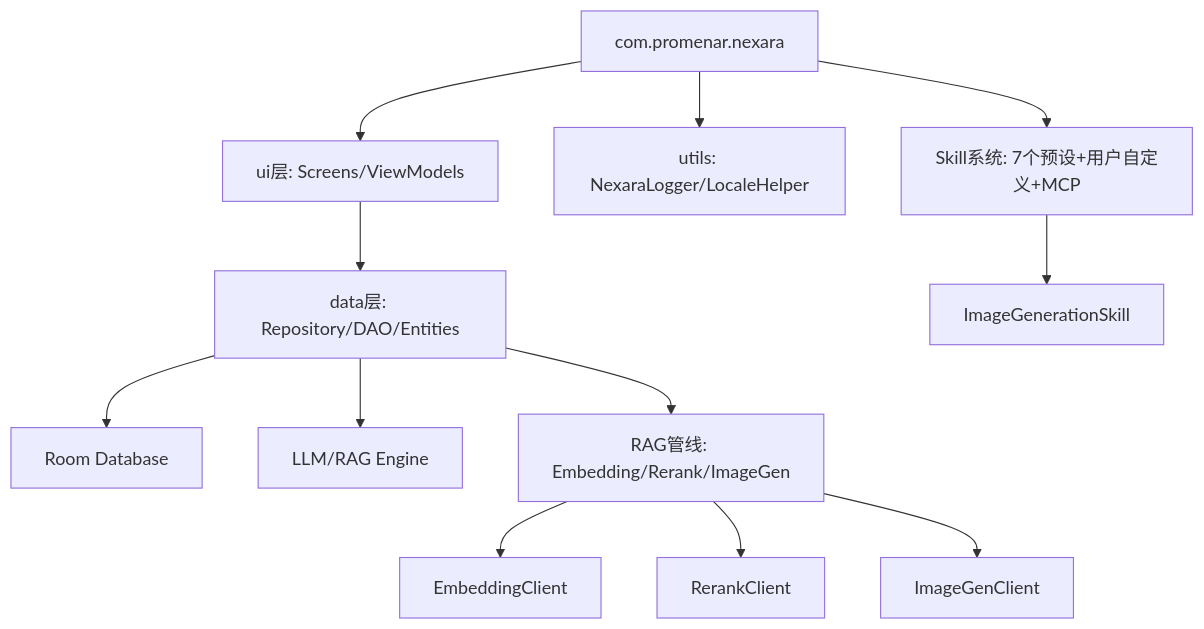
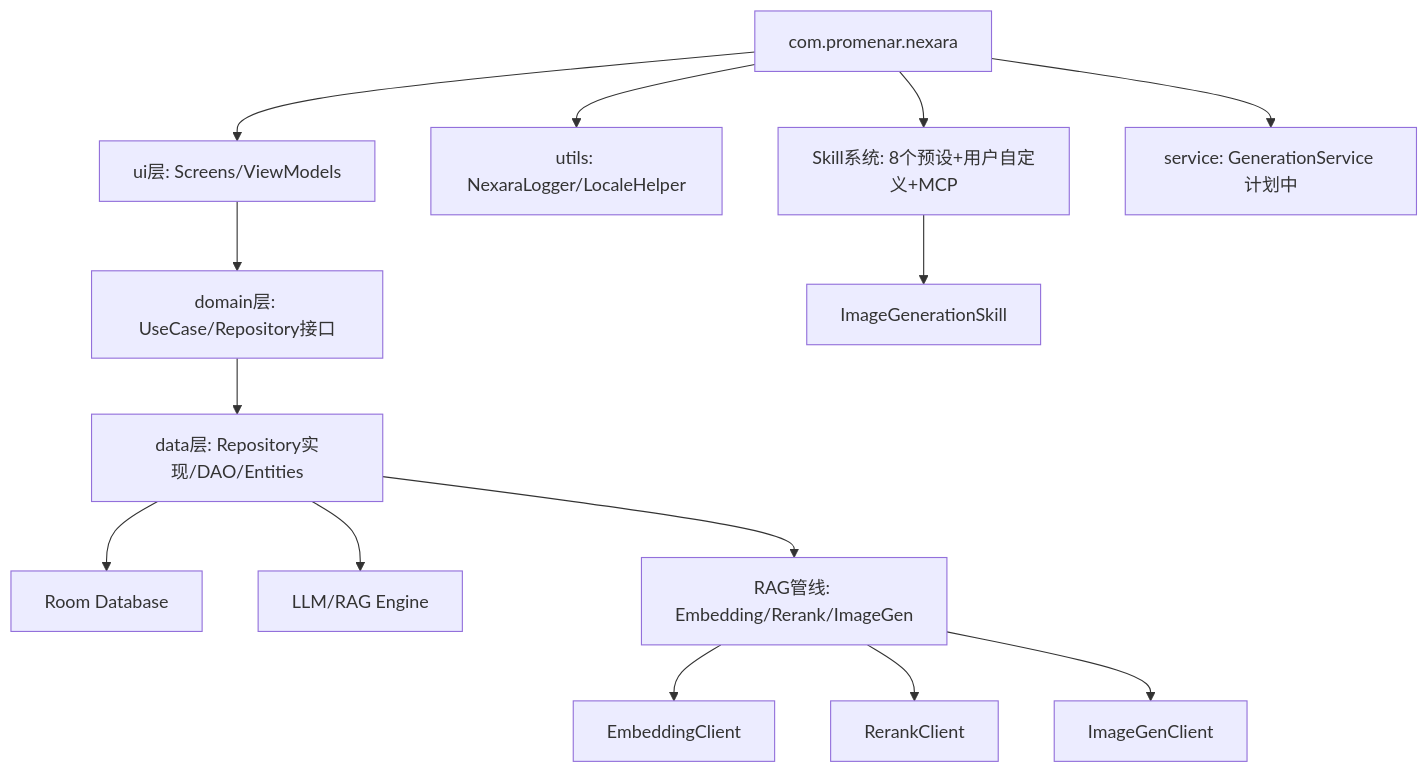
The diagram in docs/ARCHITECTURE.md (NarcisWL/Nexara), drawn with Mermaid before and after one commit. The commit also changed other lines of this file and 39 other files, not shown here.

````diff
--- a/docs/ARCHITECTURE.md
+++ b/docs/ARCHITECTURE.md
@@ -9,14 +9,16 @@
 ```mermaid
 graph TD
     App[com.promenar.nexara] --> UI[ui层: Screens/ViewModels]
-    UI --> Data[data层: Repository/DAO/Entities]
+    UI --> Domain[domain层: UseCase/Repository接口]
+    Domain --> Data[data层: Repository实现/DAO/Entities]
     Data --> DB[Room Database]
     Data --> LLM[LLM/RAG Engine]
     Data --> RAG[RAG管线: Embedding/Rerank/ImageGen]
     RAG --> Embed[EmbeddingClient]
     RAG --> Rerank[RerankClient]
     RAG --> ImageGen[ImageGenClient]
     App --> Utils[utils: NexaraLogger/LocaleHelper]
-    App --> Skills[Skill系统: 7个预设+用户自定义+MCP]
+    App --> Skills[Skill系统: 8个预设+用户自定义+MCP]
     Skills --> ImageSkill[ImageGenerationSkill]
+    App --> Service[service: GenerationService 计划中]
 ```
````
